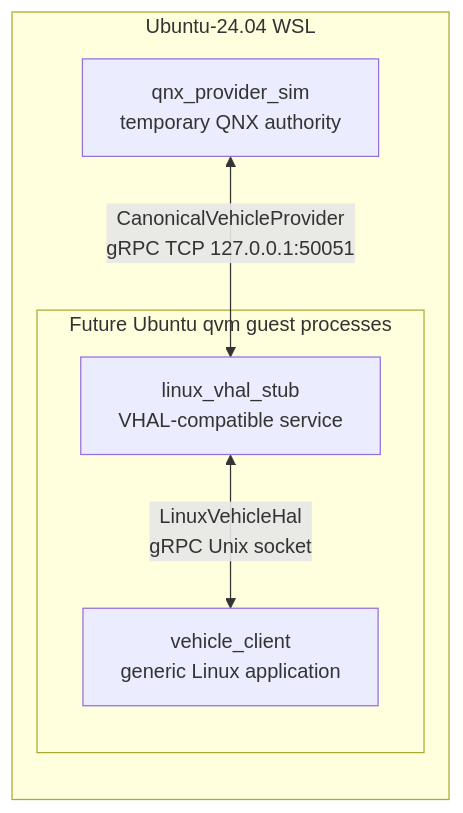
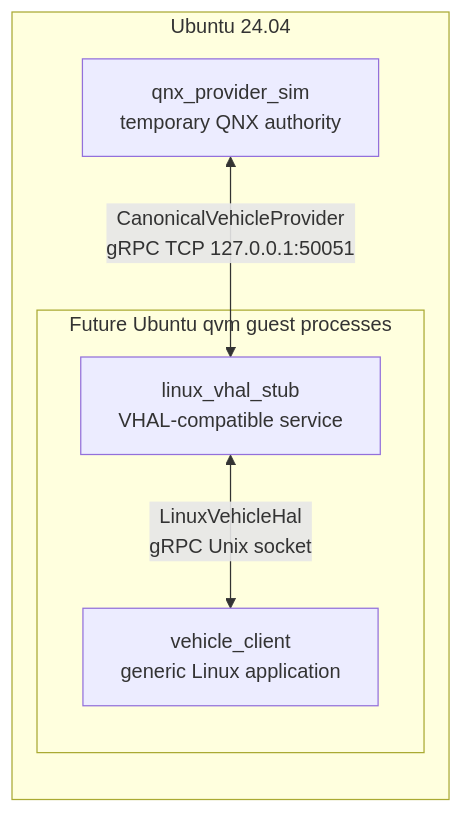
Before and after one commit to ndravr/android-vhal-linux-mock: the first of 7 diagrams in README.md, drawn with Mermaid. The commit also changed other lines of this file, not shown here.

````diff
--- a/README.md
+++ b/README.md
@@ -37,14 +37,14 @@
 ```mermaid
 flowchart LR
-    subgraph WSL[Ubuntu-24.04 WSL]
+    subgraph UBUNTU[Ubuntu 24.04]
         SIM[qnx_provider_sim<br/>temporary QNX authority]
 
         subgraph GUEST[Future Ubuntu qvm guest processes]
             VHAL[linux_vhal_stub<br/>VHAL-compatible service]
             APP[vehicle_client<br/>generic Linux application]
         end
 
         SIM <-->|CanonicalVehicleProvider<br/>gRPC TCP 127.0.0.1:50051| VHAL
         VHAL <-->|LinuxVehicleHal<br/>gRPC Unix socket| APP
     end
 ```
````
